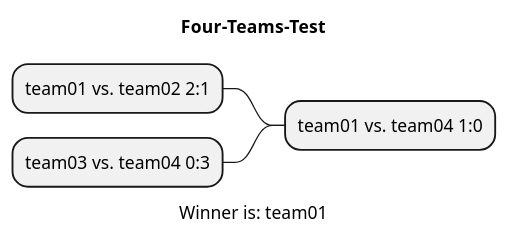
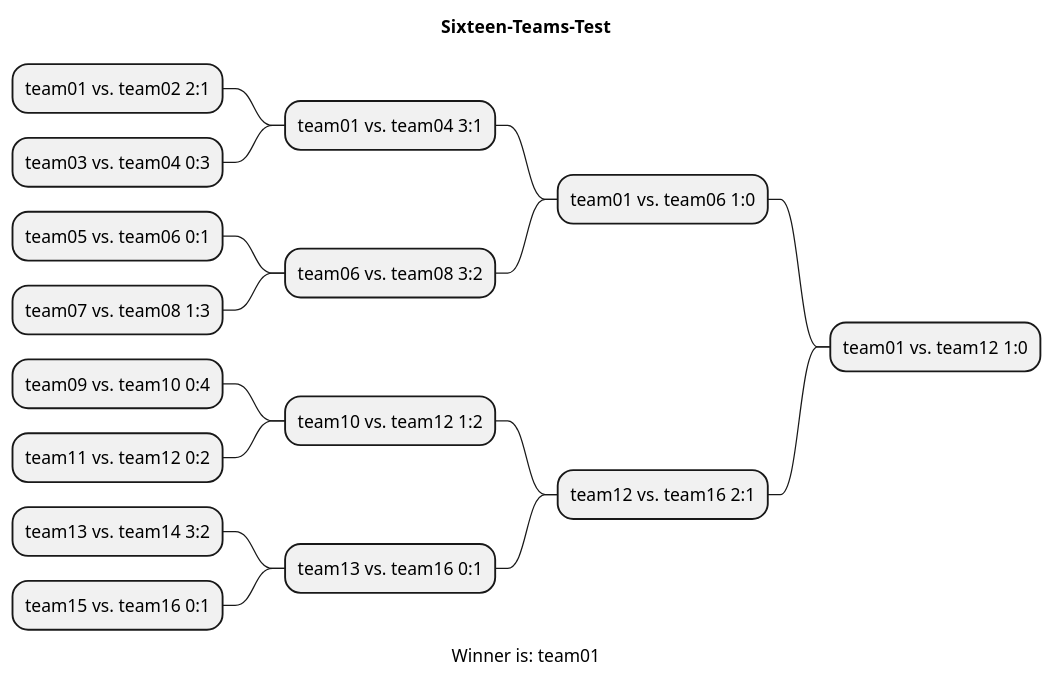
Before and after one commit to htl-leonding-project/2022-4ahif-autohaus: the diagram in asciidocs/plantuml/Result.puml, drawn with PlantUML. The commit also changed 3 other files, not shown here.

Commit message:
#20 Added 8 and 16 Team Test

```diff
--- a/asciidocs/plantuml/Result.puml
+++ b/asciidocs/plantuml/Result.puml
@@ -1,10 +1,34 @@
-@startmindmap Four-Teams-Test.png
-title Four-Teams-Test
+@startmindmap Sixteen-Teams-Test.png
+title Sixteen-Teams-Test
 
-- team01 vs. team04 1:0
+- team01 vs. team12 1:0
 
--- team01 vs. team02 2:1
+-- team01 vs. team06 1:0
 
--- team03 vs. team04 0:3
+--- team01 vs. team04 3:1
+
+---- team01 vs. team02 2:1
+
+---- team03 vs. team04 0:3
+
+--- team06 vs. team08 3:2
+
+---- team05 vs. team06 0:1
+
+---- team07 vs. team08 1:3
+
+-- team12 vs. team16 2:1
+
+--- team10 vs. team12 1:2
+
+---- team09 vs. team10 0:4
+
+---- team11 vs. team12 0:2
+
+--- team13 vs. team16 0:1
+
+---- team13 vs. team14 3:2
+
+---- team15 vs. team16 0:1
 caption Winner is: team01
 @endmindmap
```
